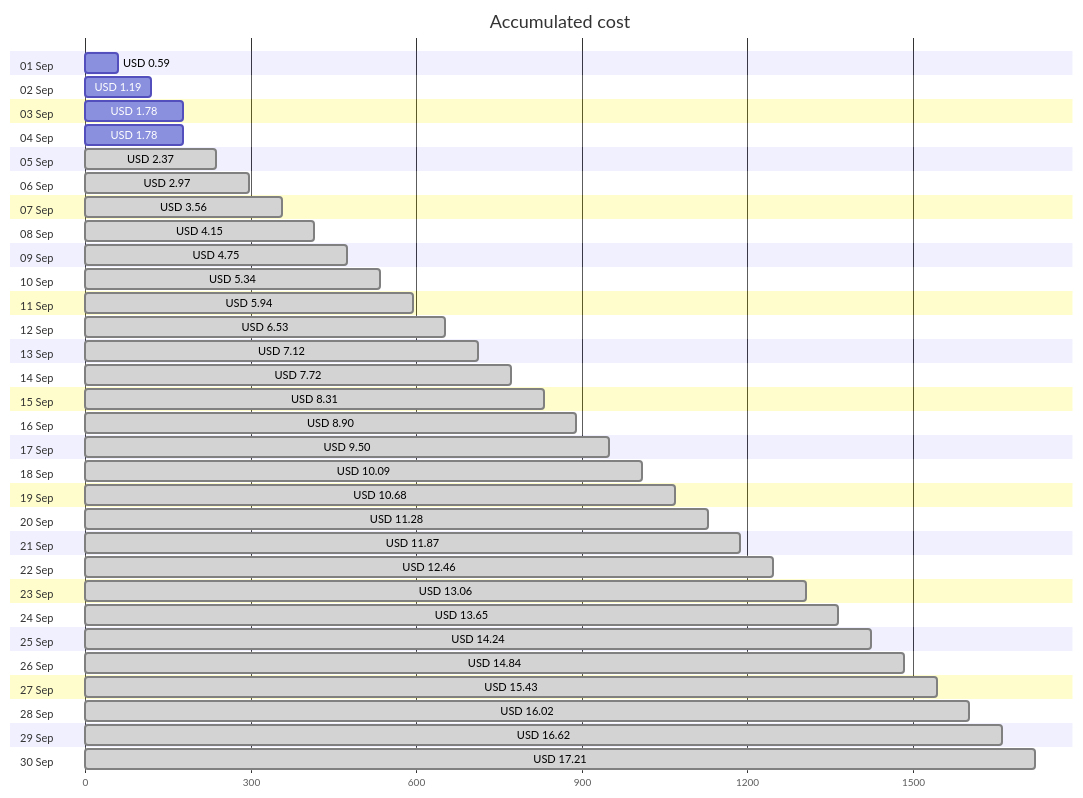
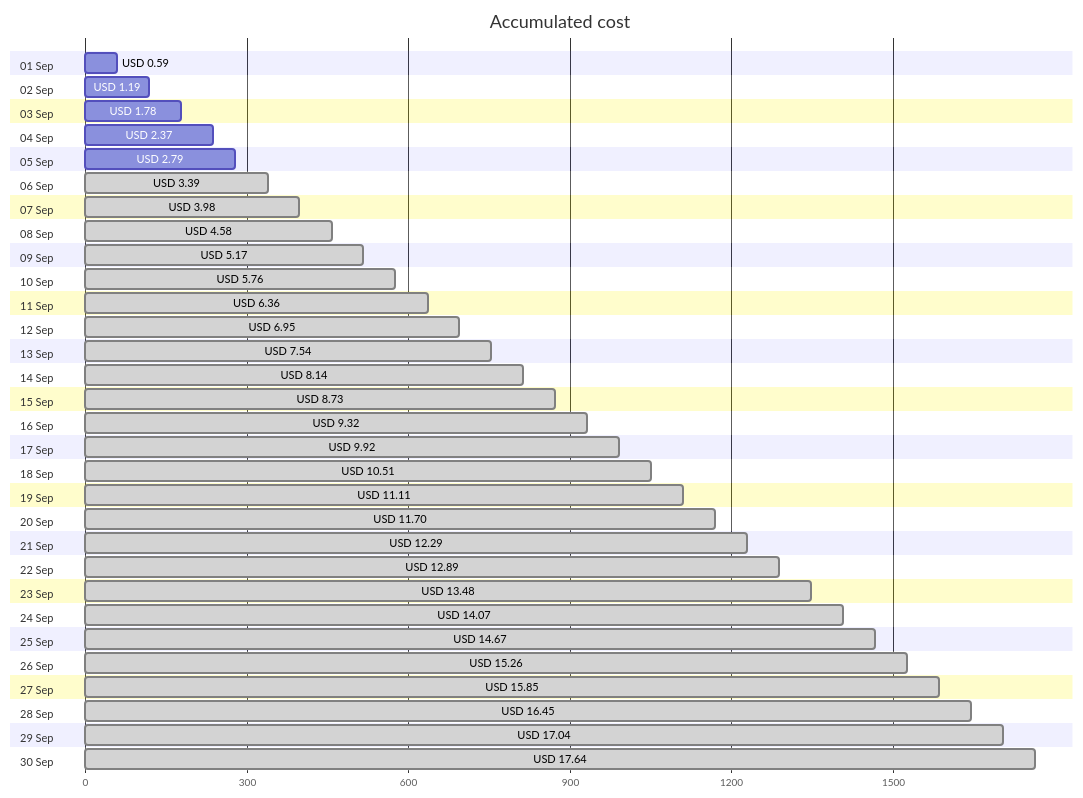
The first of 4 diagrams in cost-reports/personal-site/README.md (jpfulton/azure-personal-reports), drawn with Mermaid before and after one commit. The commit also changed other lines of this file and 6 other files, not shown here.

````diff
--- a/cost-reports/personal-site/README.md
+++ b/cost-reports/personal-site/README.md
@@ -20,66 +20,66 @@
 ```mermaid
 gantt
    title Accumulated cost
    dateFormat  X
    axisFormat %s
    section 01 Sep
    USD 0.59 :0, 59
    section 02 Sep
    USD 1.19 :0, 119
    section 03 Sep
    USD 1.78 :0, 178
    section 04 Sep
-   USD 1.78 :0, 178
+   USD 2.37 :0, 237
    section 05 Sep
-   USD 2.37 : done, 0, 237
+   USD 2.79 :0, 279
    section 06 Sep
-   USD 2.97 : done, 0, 297
+   USD 3.39 : done, 0, 339
    section 07 Sep
-   USD 3.56 : done, 0, 356
+   USD 3.98 : done, 0, 398
    section 08 Sep
-   USD 4.15 : done, 0, 415
+   USD 4.58 : done, 0, 458
    section 09 Sep
-   USD 4.75 : done, 0, 475
+   USD 5.17 : done, 0, 517
    section 10 Sep
-   USD 5.34 : done, 0, 534
+   USD 5.76 : done, 0, 576
    section 11 Sep
-   USD 5.94 : done, 0, 594
+   USD 6.36 : done, 0, 636
    section 12 Sep
-   USD 6.53 : done, 0, 653
+   USD 6.95 : done, 0, 695
    section 13 Sep
-   USD 7.12 : done, 0, 712
+   USD 7.54 : done, 0, 754
    section 14 Sep
-   USD 7.72 : done, 0, 772
+   USD 8.14 : done, 0, 814
    section 15 Sep
-   USD 8.31 : done, 0, 831
+   USD 8.73 : done, 0, 873
    section 16 Sep
-   USD 8.90 : done, 0, 890
+   USD 9.32 : done, 0, 932
    section 17 Sep
-   USD 9.50 : done, 0, 950
+   USD 9.92 : done, 0, 992
    section 18 Sep
-   USD 10.09 : done, 0, 1009
+   USD 10.51 : done, 0, 1051
    section 19 Sep
-   USD 10.68 : done, 0, 1068
+   USD 11.11 : done, 0, 1111
    section 20 Sep
-   USD 11.28 : done, 0, 1128
+   USD 11.70 : done, 0, 1170
    section 21 Sep
-   USD 11.87 : done, 0, 1187
+   USD 12.29 : done, 0, 1229
    section 22 Sep
-   USD 12.46 : done, 0, 1246
+   USD 12.89 : done, 0, 1289
    section 23 Sep
-   USD 13.06 : done, 0, 1306
+   USD 13.48 : done, 0, 1348
    section 24 Sep
-   USD 13.65 : done, 0, 1365
+   USD 14.07 : done, 0, 1407
    section 25 Sep
-   USD 14.24 : done, 0, 1424
+   USD 14.67 : done, 0, 1467
    section 26 Sep
-   USD 14.84 : done, 0, 1484
+   USD 15.26 : done, 0, 1526
    section 27 Sep
-   USD 15.43 : done, 0, 1543
+   USD 15.85 : done, 0, 1585
    section 28 Sep
-   USD 16.02 : done, 0, 1602
+   USD 16.45 : done, 0, 1645
    section 29 Sep
-   USD 16.62 : done, 0, 1662
+   USD 17.04 : done, 0, 1704
    section 30 Sep
-   USD 17.21 : done, 0, 1721
+   USD 17.64 : done, 0, 1764
 ```
````
